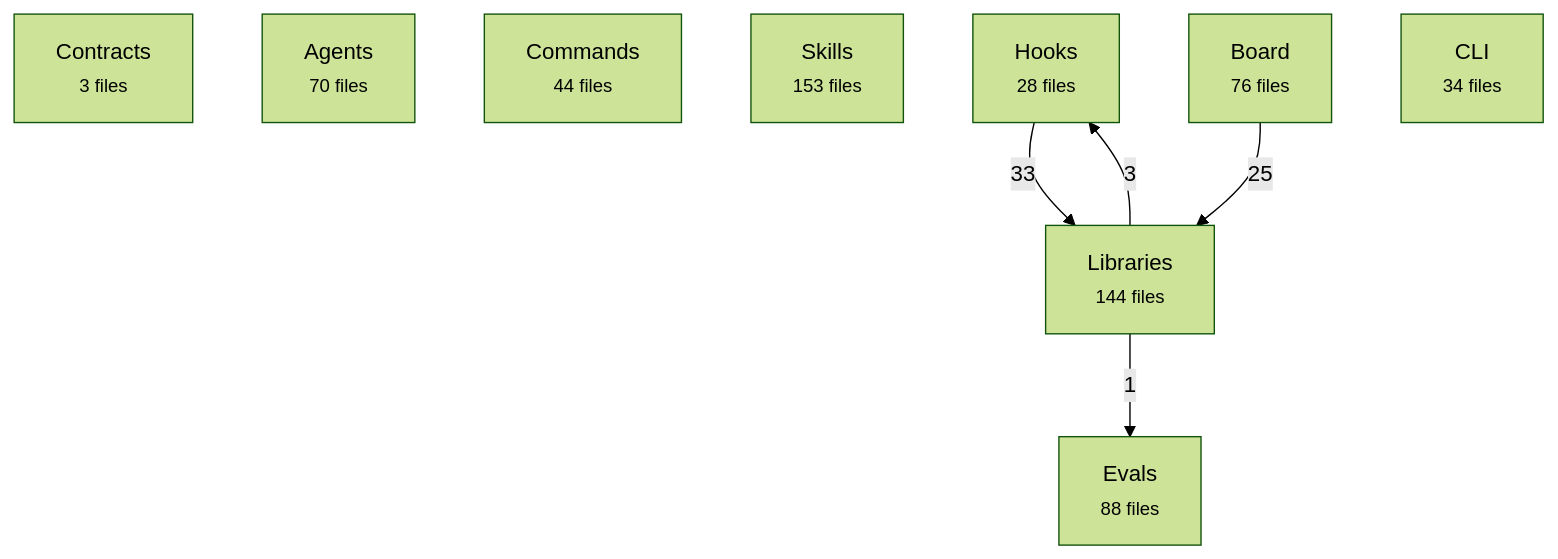
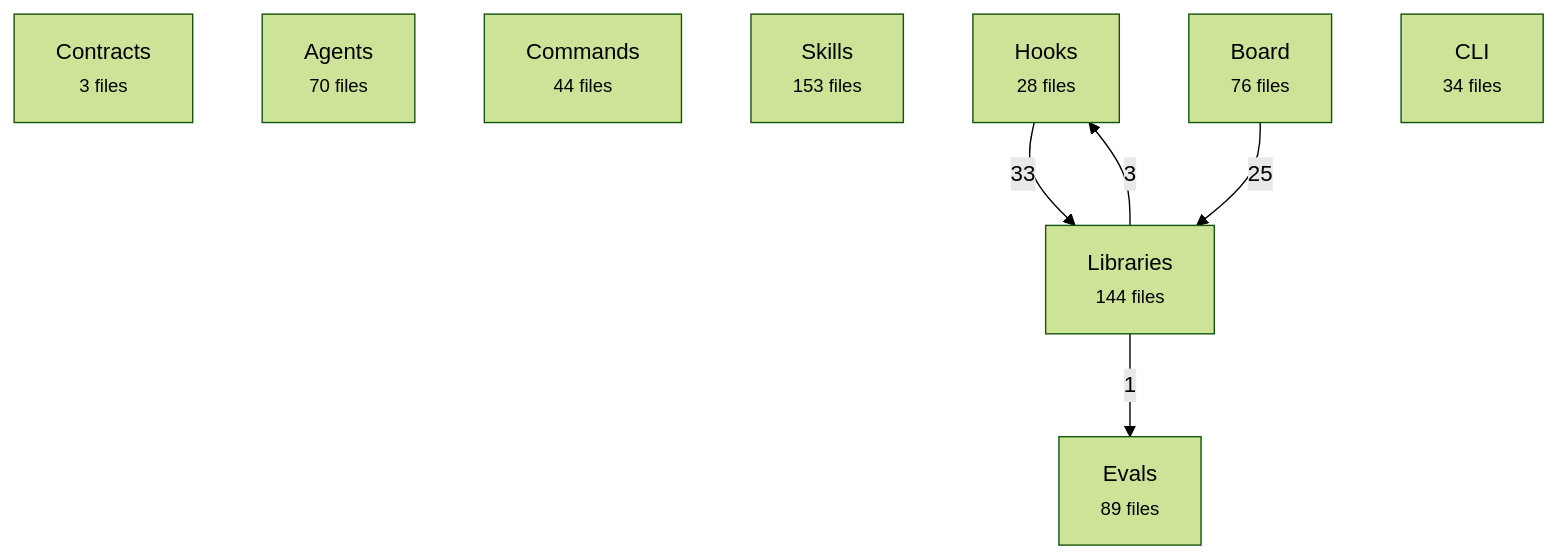
The first of 2 diagrams in docs/reference/architecture-map.md (avelikiy/great_cto), drawn with Mermaid (forest theme) before and after one commit. The commit also changed other lines of this file and 4 other files, not shown here.

````diff
--- a/docs/reference/architecture-map.md
+++ b/docs/reference/architecture-map.md
@@ -20,16 +20,16 @@
 ```mermaid
 flowchart TD
   contracts["Contracts<br/><small>3 files</small>"]
   agents["Agents<br/><small>70 files</small>"]
   commands["Commands<br/><small>44 files</small>"]
   skills["Skills<br/><small>153 files</small>"]
   hooks["Hooks<br/><small>28 files</small>"]
   libs["Libraries<br/><small>144 files</small>"]
   board["Board<br/><small>76 files</small>"]
   cli["CLI<br/><small>34 files</small>"]
-  evals["Evals<br/><small>88 files</small>"]
+  evals["Evals<br/><small>89 files</small>"]
   hooks -->|33| libs
   board -->|25| libs
   libs -->|3| hooks
   libs -->|1| evals
 ```
````
